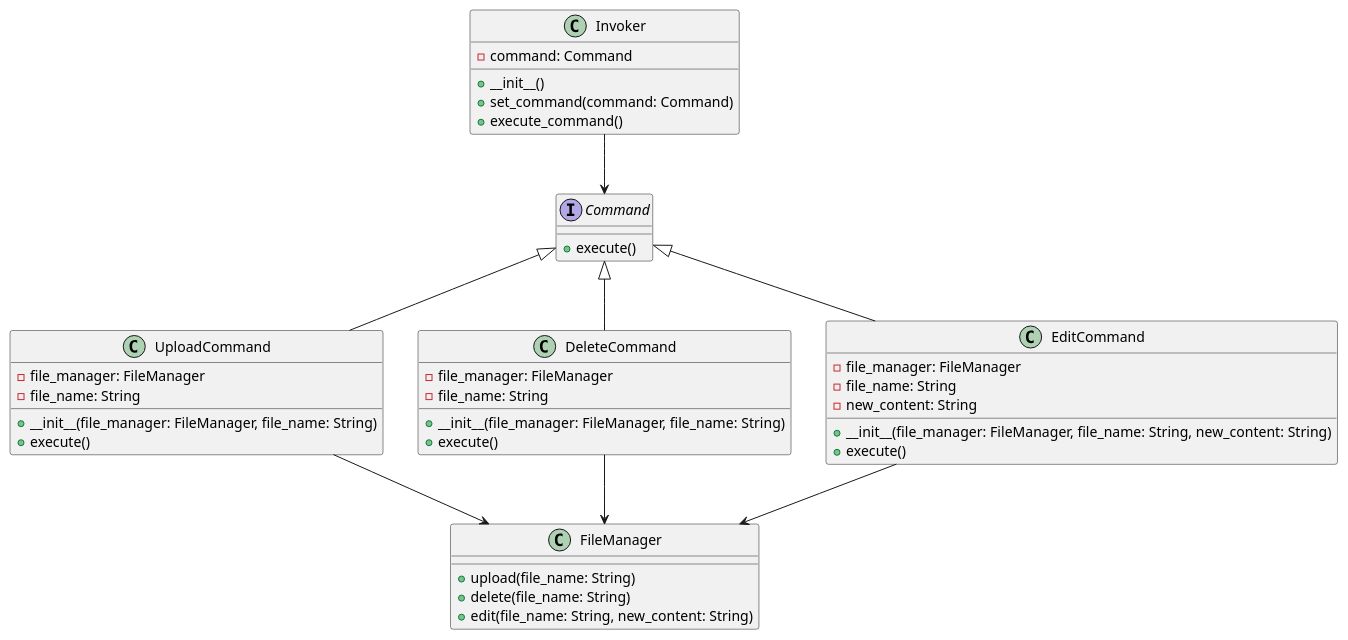
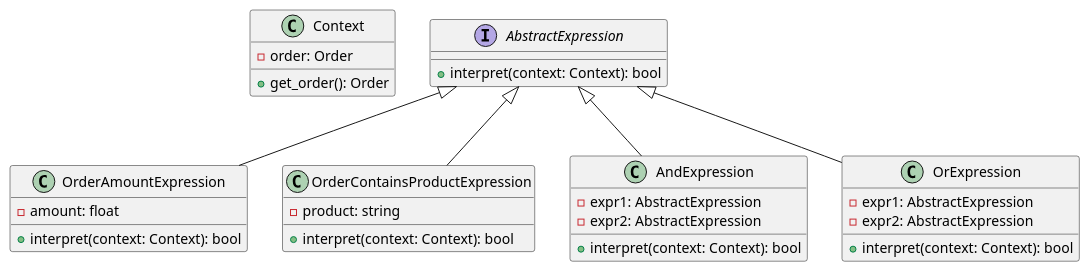
The diagram in klassifikaciya-patternov/povedencheskie-patterny-behavioral-patterns/interpretator-interpreter/primery/obrabotka-pravil-biznes-logiki/python.md (andrewovchinnikov/design-patterns), drawn with PlantUML before and after one commit. The commit also changed other lines of this file and 24 other files, not shown here.

````diff
--- a/klassifikaciya-patternov/povedencheskie-patterny-behavioral-patterns/interpretator-interpreter/primery/obrabotka-pravil-biznes-logiki/python.md
+++ b/klassifikaciya-patternov/povedencheskie-patterny-behavioral-patterns/interpretator-interpreter/primery/obrabotka-pravil-biznes-logiki/python.md
@@ -124,50 +126,41 @@
 ```plantuml
 @startuml
-interface Command {
-    +execute()
+
+class Context {
+    -order: Order
+    +get_order(): Order
 }
 
-class UploadCommand {
-    -file_manager: FileManager
-    -file_name: String
-    +__init__(file_manager: FileManager, file_name: String)
-    +execute()
+interface AbstractExpression {
+    +interpret(context: Context): bool
 }
 
-class DeleteCommand {
-    -file_manager: FileManager
-    -file_name: String
-    +__init__(file_manager: FileManager, file_name: String)
-    +execute()
+class OrderAmountExpression {
+    -amount: float
+    +interpret(context: Context): bool
 }
 
-class EditCommand {
-    -file_manager: FileManager
-    -file_name: String
-    -new_content: String
-    +__init__(file_manager: FileManager, file_name: String, new_content: String)
-    +execute()
+class OrderContainsProductExpression {
+    -product: string
+    +interpret(context: Context): bool
 }
 
-class FileManager {
-    +upload(file_name: String)
-    +delete(file_name: String)
-    +edit(file_name: String, new_content: String)
+class AndExpression {
+    -expr1: AbstractExpression
+    -expr2: AbstractExpression
+    +interpret(context: Context): bool
 }
 
-class Invoker {
-    -command: Command
-    +__init__()
-    +set_command(command: Command)
-    +execute_command()
+class OrExpression {
+    -expr1: AbstractExpression
+    -expr2: AbstractExpression
+    +interpret(context: Context): bool
 }
 
-Command <|-- UploadCommand
-Command <|-- DeleteCommand
-Command <|-- EditCommand
-UploadCommand --> FileManager
-DeleteCommand --> FileManager
-EditCommand --> FileManager
-Invoker --> Command
+AbstractExpression <|-- OrderAmountExpression
+AbstractExpression <|-- OrderContainsProductExpression
+AbstractExpression <|-- AndExpression
+AbstractExpression <|-- OrExpression
+
 @enduml
 ```
````
